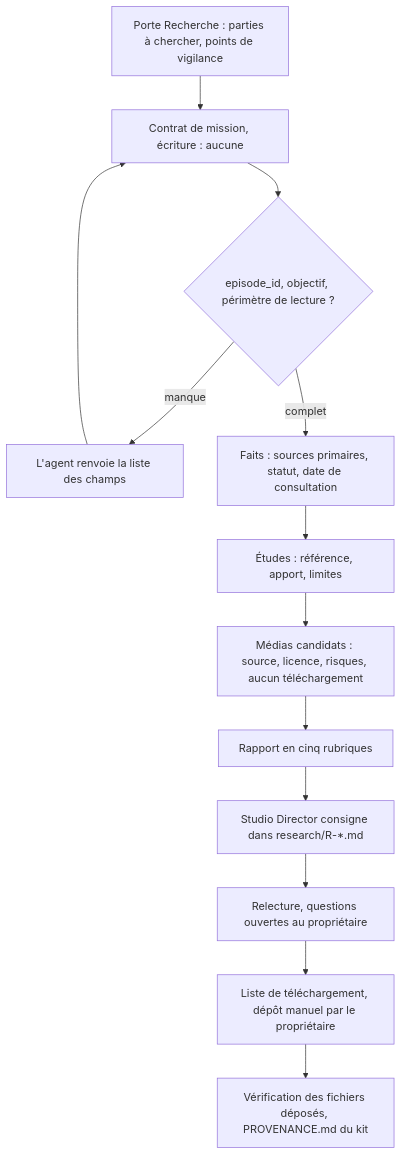
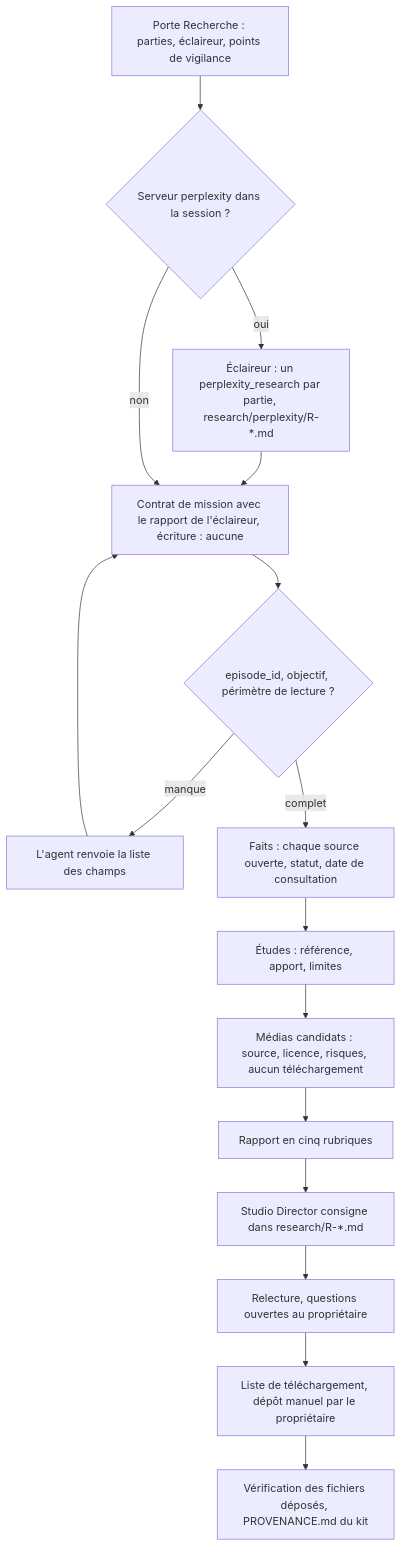
The diagram in docs/workflows/recherche.md (hichamsbihi/studio-faceless), drawn with Mermaid before and after one commit. The commit also changed other lines of this file and 10 other files, not shown here.

First line of the commit message:
plugin 0.5.0 : recherche de l'étape 1 en deux temps, éclaireur Perplexity puis agent research (essai de l'E011 d'AA ; Hicham, 02/11/2026)

````diff
--- a/docs/workflows/recherche.md
+++ b/docs/workflows/recherche.md
@@ -36,15 +38,18 @@
 ```mermaid
 flowchart TD
-    A["Porte Recherche : parties à chercher, points de vigilance"] --> B["Contrat de mission, écriture : aucune"]
+    A["Porte Recherche : parties, éclaireur, points de vigilance"] --> X{"Serveur perplexity dans la session ?"}
+    X -- "oui" --> S["Éclaireur : un perplexity_research par partie, research/perplexity/R-*.md"]
+    S --> B["Contrat de mission avec le rapport de l'éclaireur, écriture : aucune"]
+    X -- "non" --> B
     B --> C{"episode_id, objectif, périmètre de lecture ?"}
     C -- "manque" --> D["L'agent renvoie la liste des champs"]
     D --> B
-    C -- "complet" --> E["Faits : sources primaires, statut, date de consultation"]
+    C -- "complet" --> E["Faits : chaque source ouverte, statut, date de consultation"]
     E --> F["Études : référence, apport, limites"]
     F --> G["Médias candidats : source, licence, risques, aucun téléchargement"]
     G --> H["Rapport en cinq rubriques"]
     H --> I["Studio Director consigne dans research/R-*.md"]
     I --> J["Relecture, questions ouvertes au propriétaire"]
     J --> K["Liste de téléchargement, dépôt manuel par le propriétaire"]
     K --> L["Vérification des fichiers déposés, PROVENANCE.md du kit"]
 ```
````
